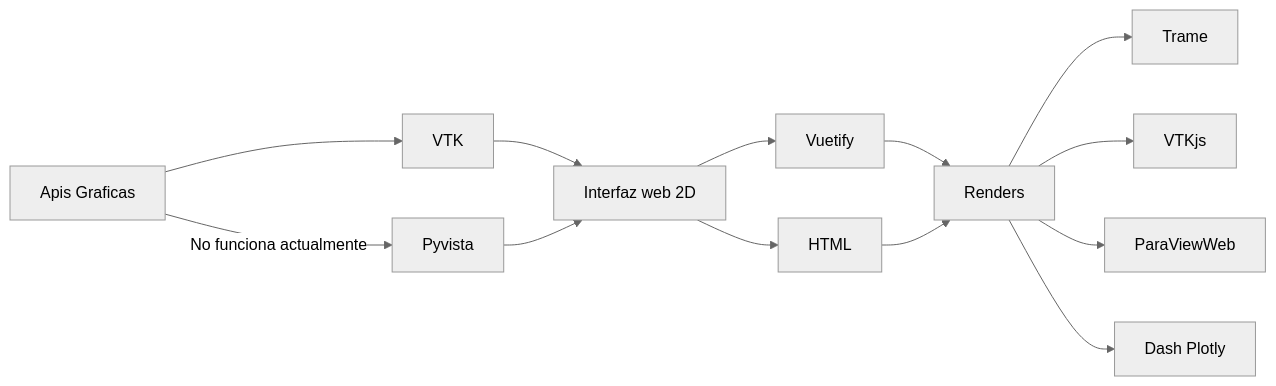
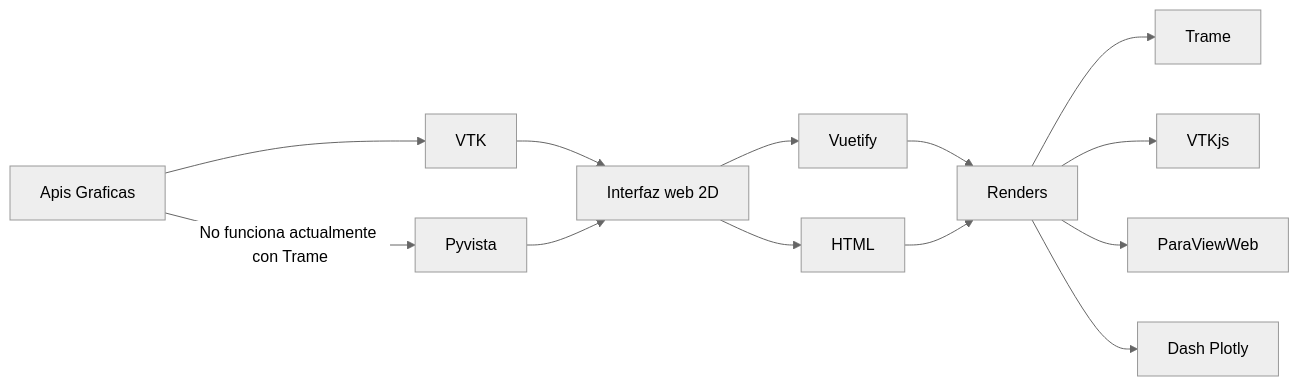
Before and after one commit to oscarBarEs/myTFG: the diagram in stateOftheArt/Readme.md, drawn with Mermaid (neutral theme). The commit also changed other lines of this file, not shown here.

````diff
--- a/stateOftheArt/Readme.md
+++ b/stateOftheArt/Readme.md
@@ -1,15 +9,15 @@
 ```mermaid
 graph LR
 A[Apis Graficas] --> B[VTK]
-A -- No funciona actualmente --> C[Pyvista]
+A -- No funciona actualmente con Trame --> C[Pyvista]
 B --> D[Interfaz web 2D]
 C --> D
 D --> E[Vuetify]
 D --> F[HTML]
 E --> G[Renders]
 F --> G
 G --> H[Trame]
 G --> I[VTKjs]
 G --> J[ParaViewWeb]
 G --> K[Dash Plotly]
 ```
````
